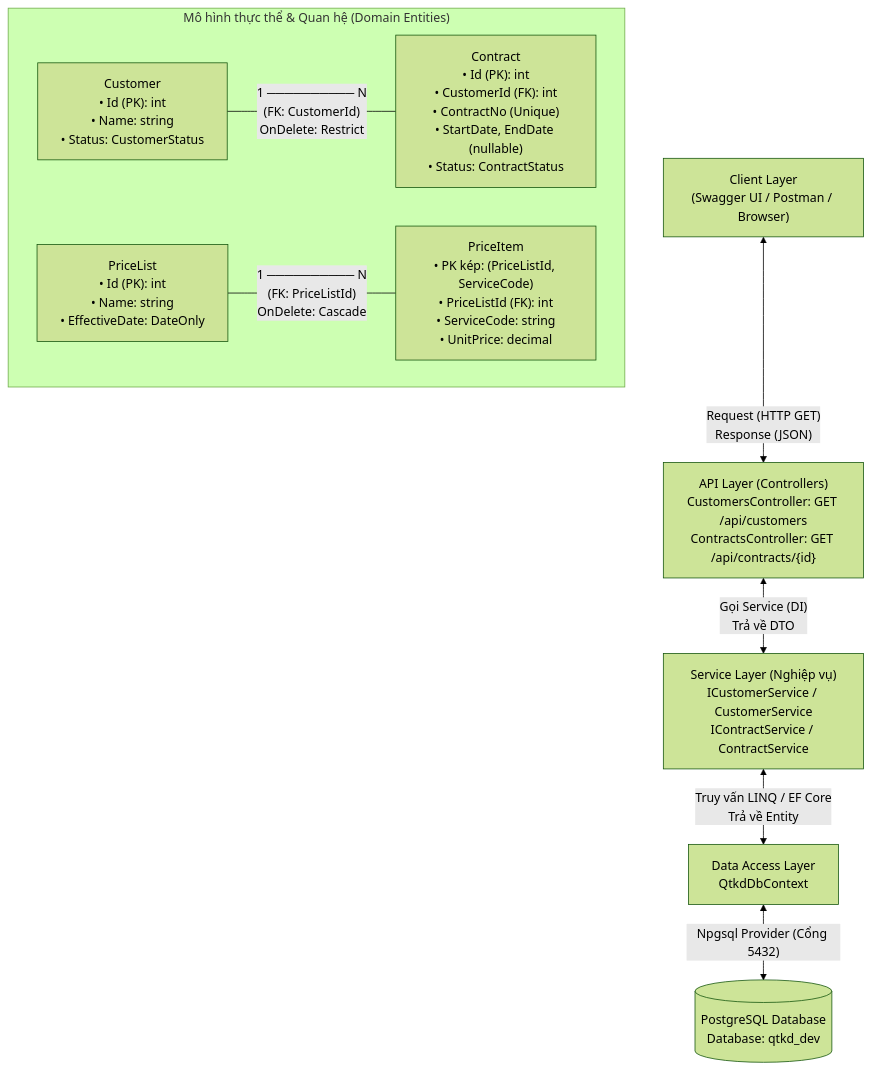
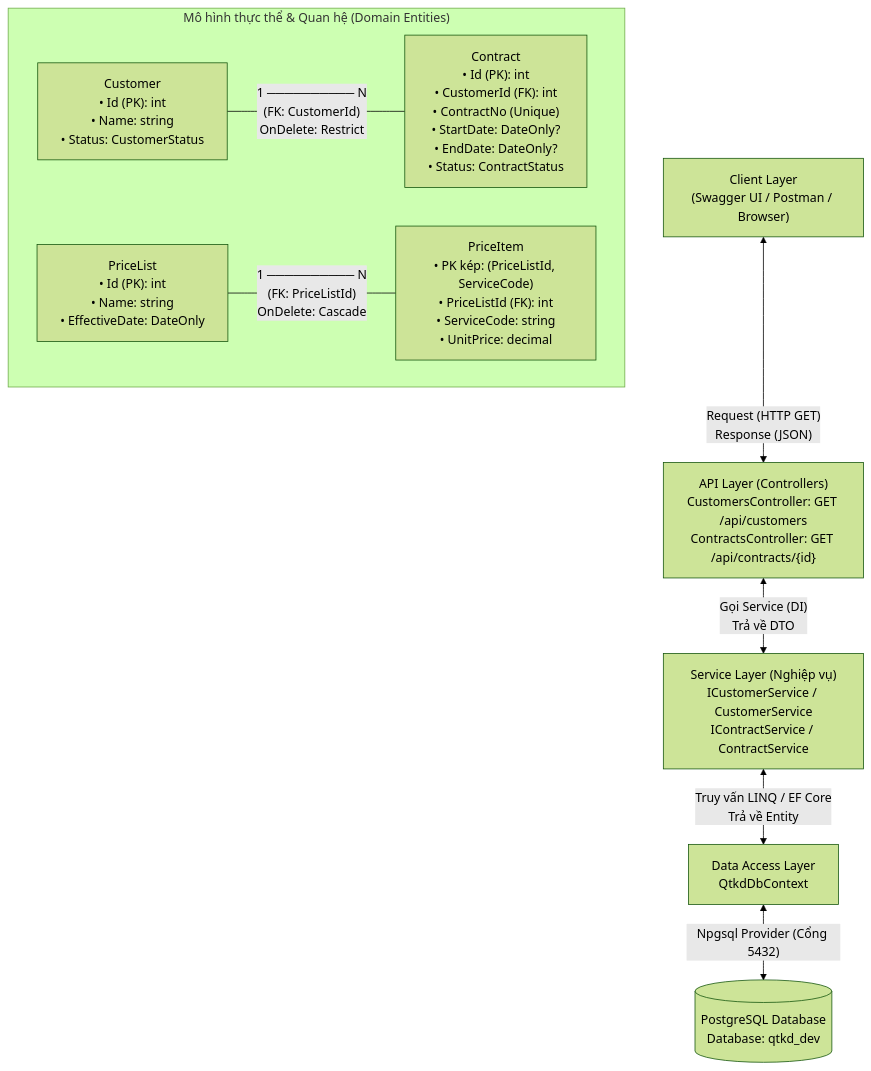
The diagram in docs/architecture.md (tqKhanh1712/business-management-api), drawn with Mermaid (forest theme) before and after one commit. The commit also changed 5 other files, not shown here.

Commit message:
refactor: separate ContractDto, update architecture diagram with DateOnly fields and update gitignore

````diff
--- a/docs/architecture.md
+++ b/docs/architecture.md
@@ -5,20 +5,20 @@
 ```mermaid
 graph TD
     Client["Client Layer<br/>(Swagger UI / Postman / Browser)"] <-->|"Request (HTTP GET)<br/>Response (JSON)"| Controllers["API Layer (Controllers)<br/>CustomersController: GET /api/customers<br/>ContractsController: GET /api/contracts/{id}"]
     
     Controllers <-->|"Gọi Service (DI)<br/>Trả về DTO"| Services["Service Layer (Nghiệp vụ)<br/>ICustomerService / CustomerService<br/>IContractService / ContractService"]
     
     Services <-->|"Truy vấn LINQ / EF Core<br/>Trả về Entity"| DbContext["Data Access Layer<br/>QtkdDbContext"]
     
     DbContext <-->|"Npgsql Provider (Cổng 5432)"| Postgres[("PostgreSQL Database<br/>Database: qtkd_dev")]
 
     subgraph "Mô hình thực thể & Quan hệ (Domain Entities)"
         Customer["Customer<br/>• Id (PK): int<br/>• Name: string<br/>• Status: CustomerStatus"]
-        Contract["Contract<br/>• Id (PK): int<br/>• CustomerId (FK): int<br/>• ContractNo (Unique)<br/>• StartDate, EndDate (nullable)<br/>• Status: ContractStatus"]
+        Contract["Contract<br/>• Id (PK): int<br/>• CustomerId (FK): int<br/>• ContractNo (Unique)<br/>• StartDate: DateOnly?<br/>• EndDate: DateOnly?<br/>• Status: ContractStatus"]
         PriceList["PriceList<br/>• Id (PK): int<br/>• Name: string<br/>• EffectiveDate: DateOnly"]
         PriceItem["PriceItem<br/>• PK kép: (PriceListId, ServiceCode)<br/>• PriceListId (FK): int<br/>• ServiceCode: string<br/>• UnitPrice: decimal"]
 
         Customer ---|"1 ────────── N<br/>(FK: CustomerId)<br/>OnDelete: Restrict"| Contract
         PriceList ---|"1 ────────── N<br/>(FK: PriceListId)<br/>OnDelete: Cascade"| PriceItem
     end
 ```
````
